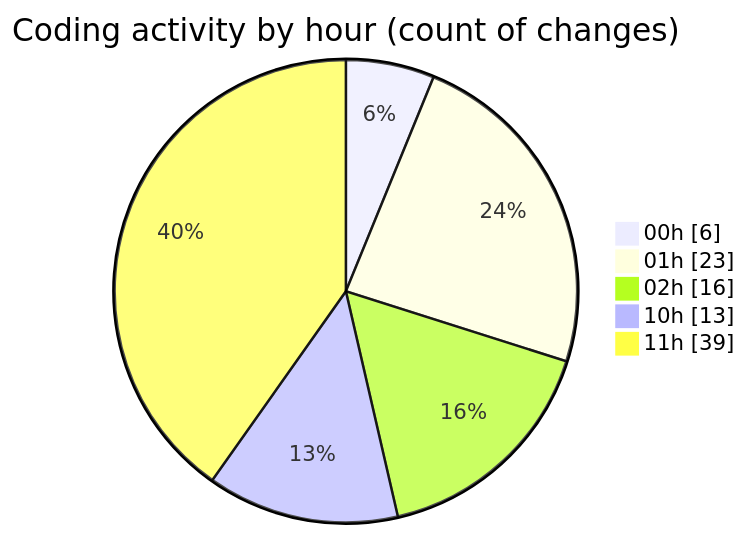
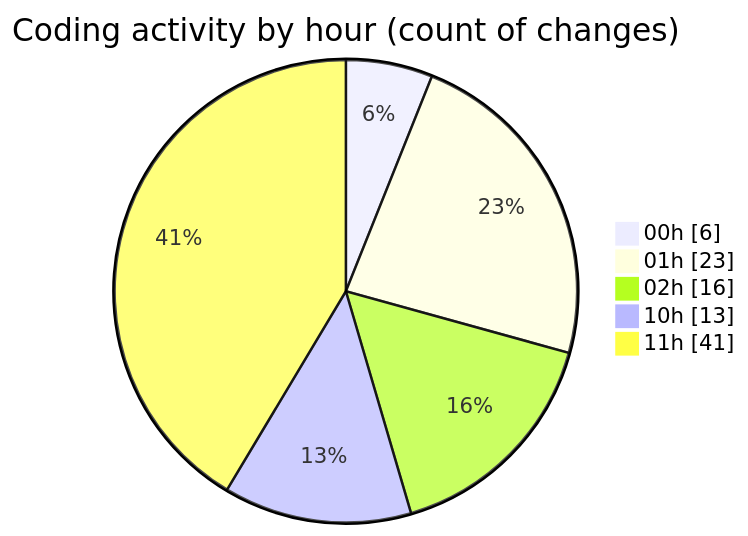
Before and after one commit to julien-gomy/code-tracking: the second of 2 diagrams in 2025-11-08/eventscop-frontend-guide__workspace_/README.md, drawn with Mermaid. The commit also changed other lines of this file and 1 other file, not shown here.

````diff
--- a/2025-11-08/eventscop-frontend-guide__workspace_/README.md
+++ b/2025-11-08/eventscop-frontend-guide__workspace_/README.md
@@ -52,9 +52,9 @@
 ```mermaid
 pie showData
 title Coding activity by hour (count of changes)
 "00h" : 6
 "01h" : 23
 "02h" : 16
 "10h" : 13
-"11h" : 39
+"11h" : 41
 ```
````
